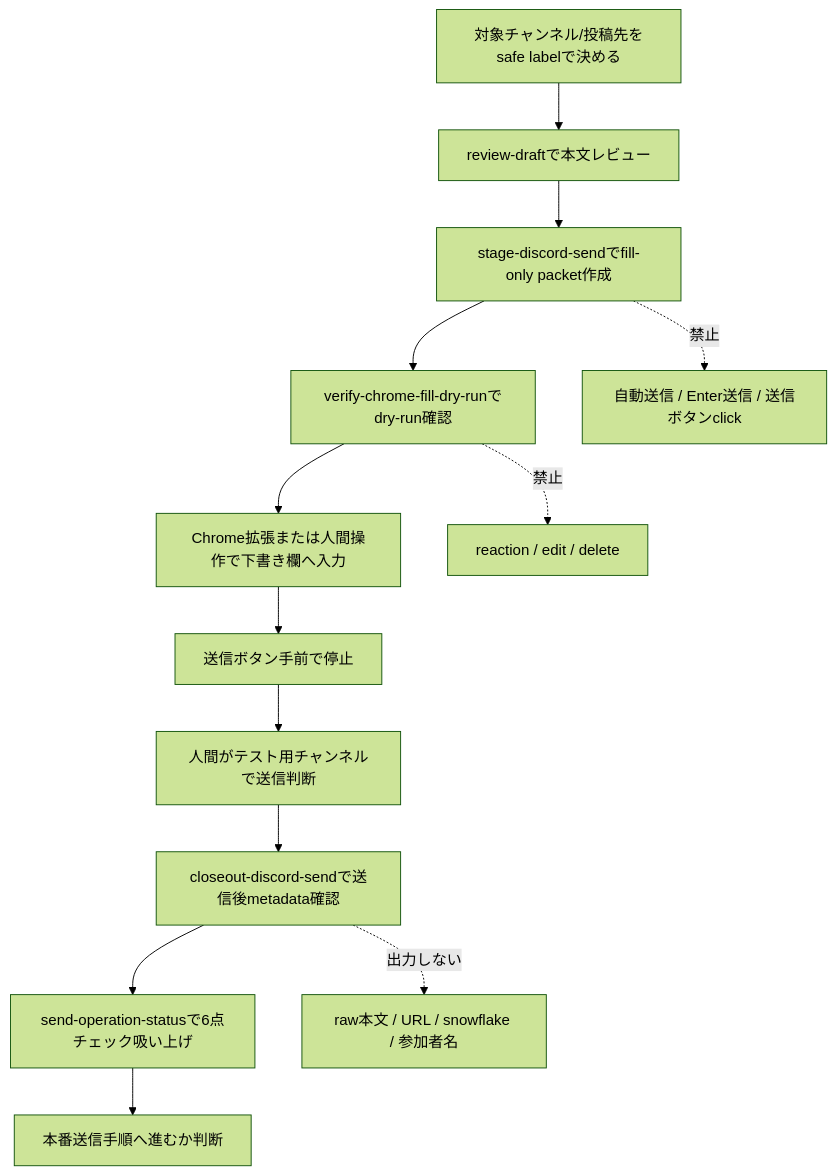
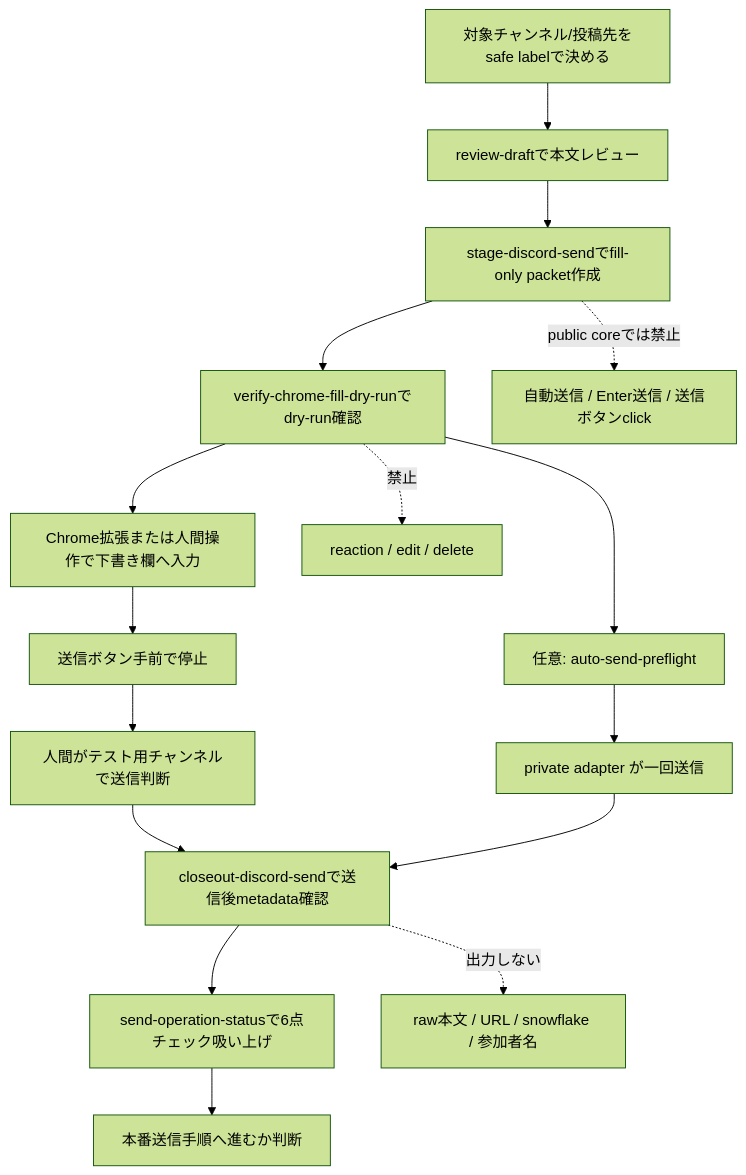
One commit to nexus-ai-2045/discord-context-bridge changed the first of 2 diagrams in docs/discord-send-operation-runbook.md. Above: the diagram before and after it, drawn with Mermaid (forest theme). The commit also changed other lines of this file and 25 other files, not shown here.

````diff
--- a/docs/discord-send-operation-runbook.md
+++ b/docs/discord-send-operation-runbook.md
@@ -8,16 +8,20 @@
 ```mermaid
 flowchart TD
   start["対象チャンネル/投稿先をsafe labelで決める"] --> review["review-draftで本文レビュー"]
   review --> stage["stage-discord-sendでfill-only packet作成"]
   stage --> dry["verify-chrome-fill-dry-runでdry-run確認"]
   dry --> fill["Chrome拡張または人間操作で下書き欄へ入力"]
   fill --> stop["送信ボタン手前で停止"]
   stop --> human["人間がテスト用チャンネルで送信判断"]
   human --> closeout["closeout-discord-sendで送信後metadata確認"]
   closeout --> status["send-operation-statusで6点チェック吸い上げ"]
   status --> prod["本番送信手順へ進むか判断"]
 
-  stage -. "禁止" .-> auto_send["自動送信 / Enter送信 / 送信ボタンclick"]
+  dry --> auto_preflight["任意: auto-send-preflight"]
+  auto_preflight --> adapter["private adapter が一回送信"]
+  adapter --> closeout
+
+  stage -. "public coreでは禁止" .-> auto_send["自動送信 / Enter送信 / 送信ボタンclick"]
   dry -. "禁止" .-> reaction["reaction / edit / delete"]
   closeout -. "出力しない" .-> raw["raw本文 / URL / snowflake / 参加者名"]
 ```
````
